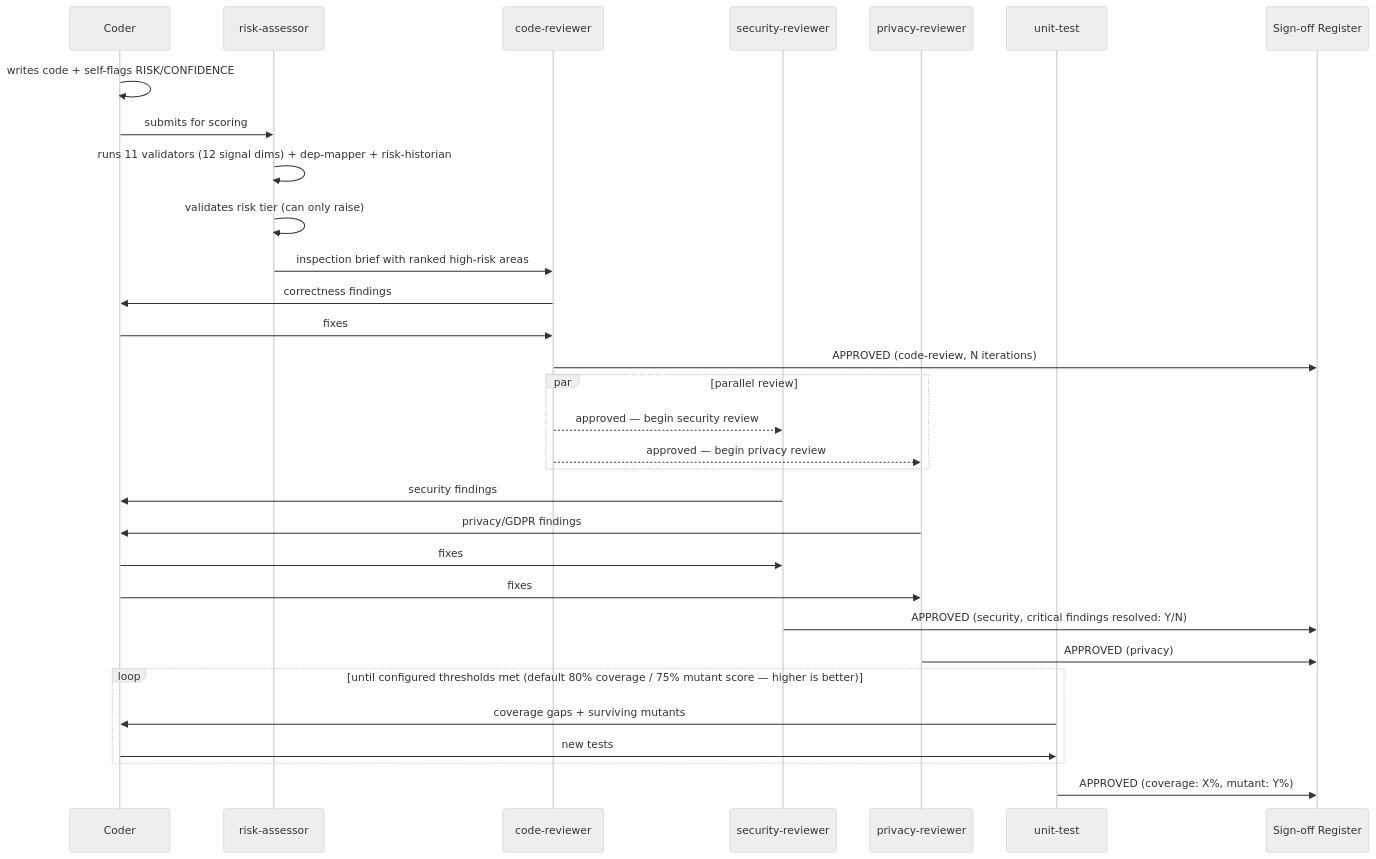
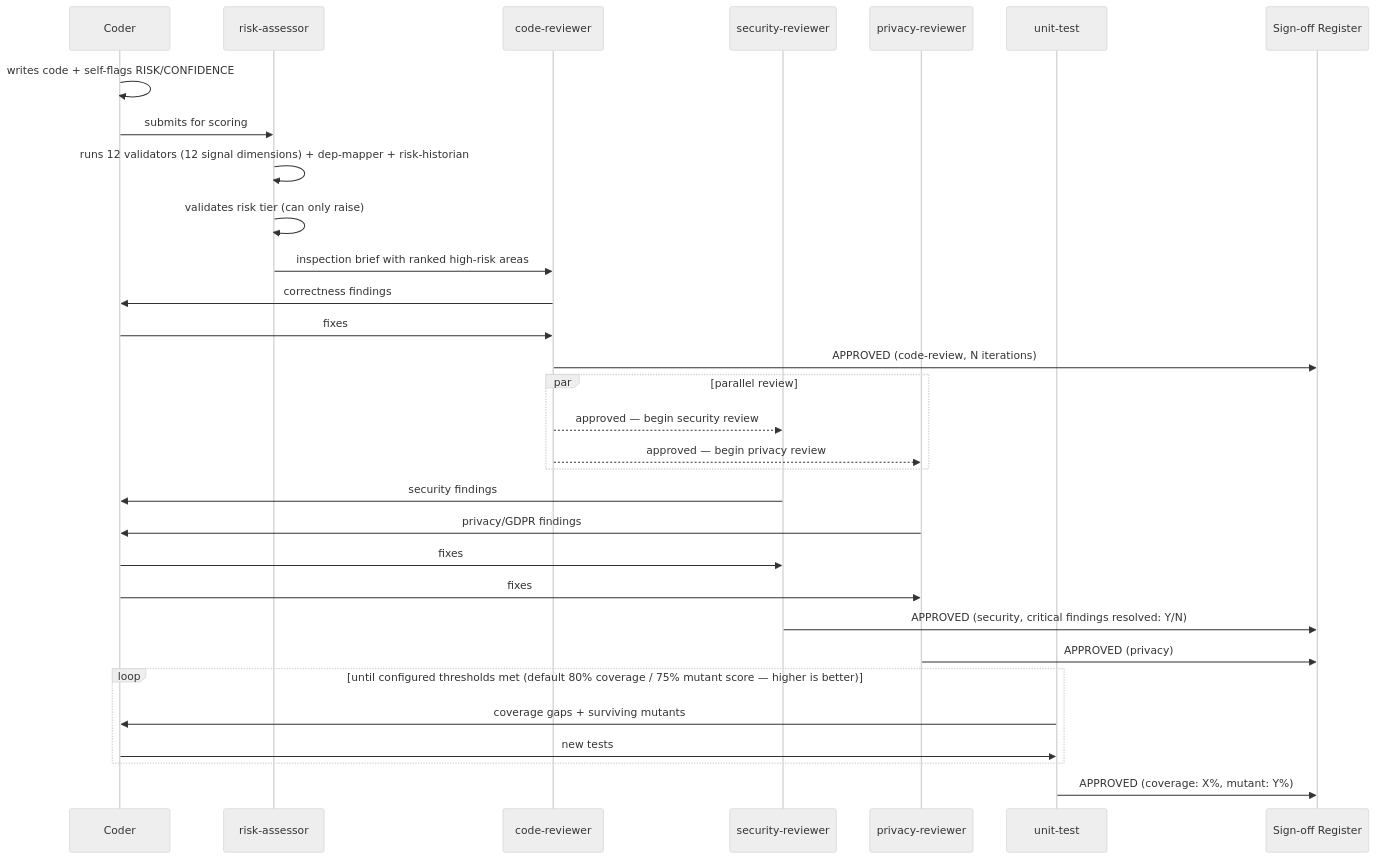
Before and after one commit to thurlow-research/HumanOversightSystem: the third of 10 diagrams in ARCHITECTURE.md, drawn with Mermaid (neutral theme). The commit also changed 7 other files, not shown here.

````diff
--- a/ARCHITECTURE.md
+++ b/ARCHITECTURE.md
@@ -254,34 +254,34 @@
 ```mermaid
 sequenceDiagram
     participant C as Coder
     participant RA as risk-assessor
     participant CR as code-reviewer
     participant SR as security-reviewer
     participant PR as privacy-reviewer
     participant UT as unit-test
     participant REG as Sign-off Register
 
     C->>C: writes code + self-flags RISK/CONFIDENCE
     C->>RA: submits for scoring
-    RA->>RA: runs 11 validators (12 signal dims) + dep-mapper + risk-historian
+    RA->>RA: runs 12 validators (12 signal dimensions) + dep-mapper + risk-historian
     RA->>RA: validates risk tier (can only raise)
     RA->>CR: inspection brief with ranked high-risk areas
     CR->>C: correctness findings
     C->>CR: fixes
     CR->>REG: APPROVED (code-review, N iterations)
     par parallel review
         CR-->>SR: approved — begin security review
         CR-->>PR: approved — begin privacy review
     end
     SR->>C: security findings
     PR->>C: privacy/GDPR findings
     C->>SR: fixes
     C->>PR: fixes
     SR->>REG: APPROVED (security, critical findings resolved: Y/N)
     PR->>REG: APPROVED (privacy)
     loop until configured thresholds met (default 80% coverage / 75% mutant score — higher is better)
         UT->>C: coverage gaps + surviving mutants
         C->>UT: new tests
     end
     UT->>REG: APPROVED (coverage: X%, mutant: Y%)
 ```
````
